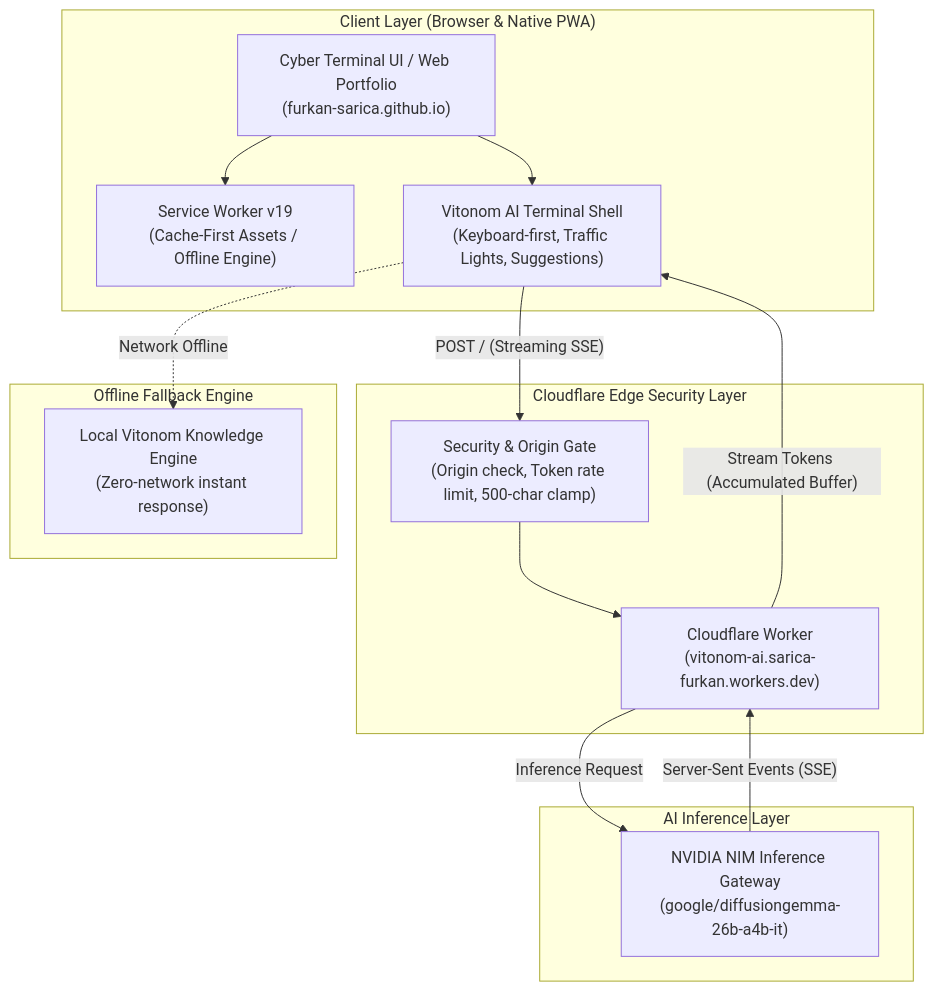
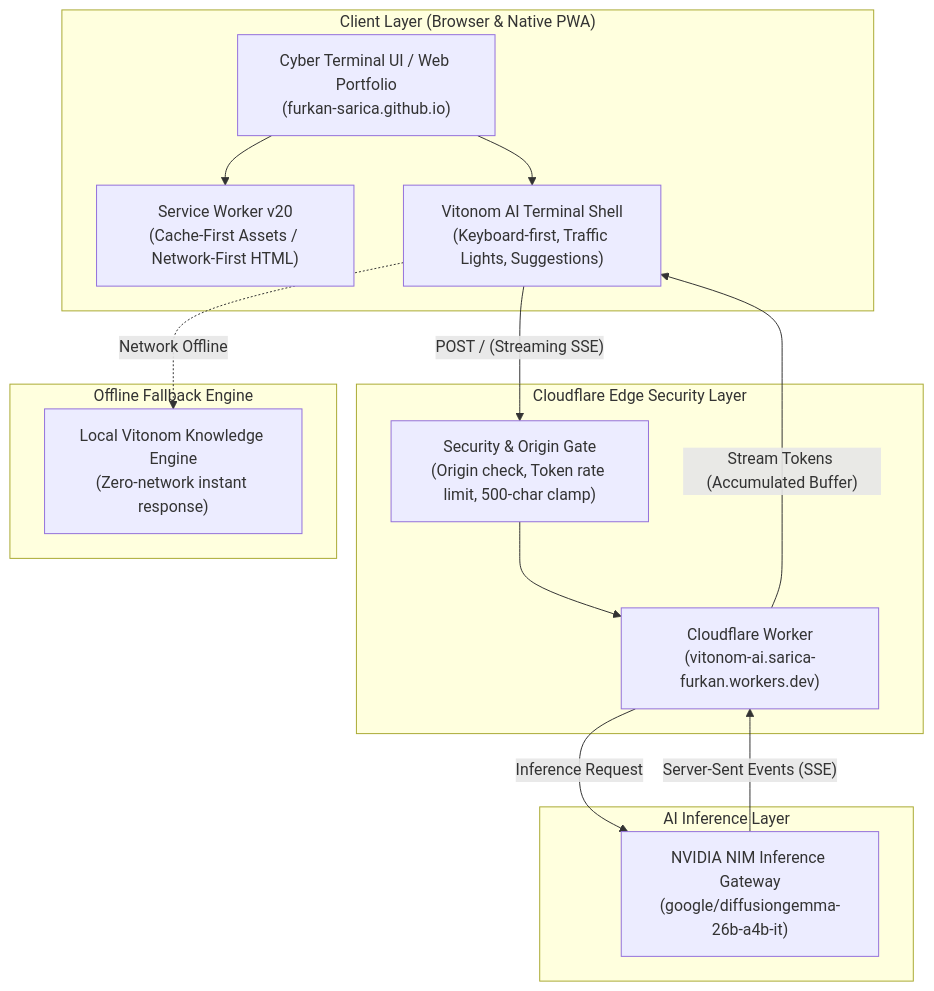
Before and after one commit to furkan-sarica/furkan-sarica.github.io: the diagram in README.md, drawn with Mermaid. The commit also changed other lines of this file and 11 other files, not shown here.

````diff
--- a/README.md
+++ b/README.md
@@ -23,30 +23,30 @@
 ```mermaid
 flowchart TD
     subgraph Client ["Client Layer (Browser & Native PWA)"]
         UI["Cyber Terminal UI / Web Portfolio<br/>(furkan-sarica.github.io)"]
-        SW["Service Worker v19<br/>(Cache-First Assets / Offline Engine)"]
+        SW["Service Worker v20<br/>(Cache-First Assets / Network-First HTML)"]
         CLI["Vitonom AI Terminal Shell<br/>(Keyboard-first, Traffic Lights, Suggestions)"]
     end
 
     subgraph Edge ["Cloudflare Edge Security Layer"]
         CF["Cloudflare Worker<br/>(vitonom-ai.sarica-furkan.workers.dev)"]
         Guard["Security & Origin Gate<br/>(Origin check, Token rate limit, 500-char clamp)"]
     end
 
     subgraph AI ["AI Inference Layer"]
         NIM["NVIDIA NIM Inference Gateway<br/>(google/diffusiongemma-26b-a4b-it)"]
     end
 
     subgraph LocalFallback ["Offline Fallback Engine"]
         LMem["Local Vitonom Knowledge Engine<br/>(Zero-network instant response)"]
     end
 
     UI --> SW
     UI --> CLI
     CLI -- "POST / (Streaming SSE)" --> Guard
     Guard --> CF
     CF -- "Inference Request" --> NIM
     NIM -- "Server-Sent Events (SSE)" --> CF
     CF -- "Stream Tokens (Accumulated Buffer)" --> CLI
     CLI -. "Network Offline" .-> LMem
 ```
````
